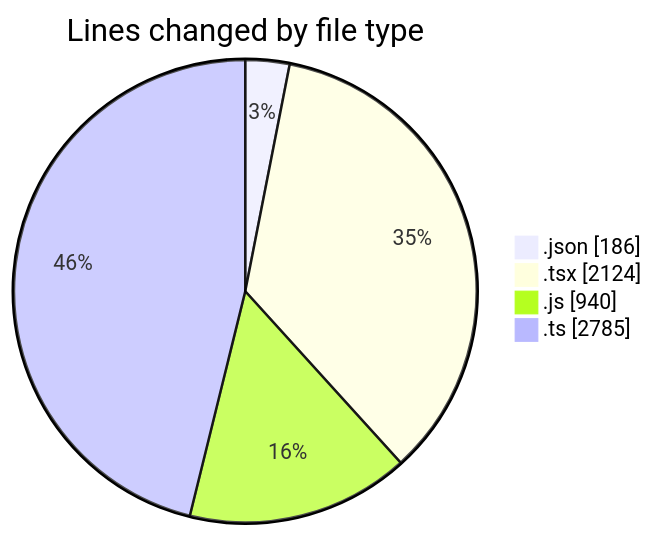
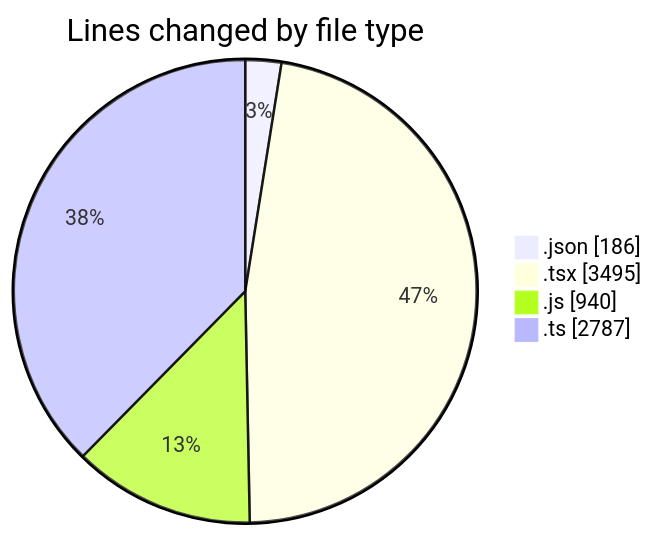
One commit to momahboobian/code-tracking changed the first of 2 diagrams in 2026-07-14/cda/README.md. Above: the diagram before and after it, drawn with Mermaid. The commit also changed other lines of this file and 1 other file, not shown here.

````diff
--- a/2026-07-14/cda/README.md
+++ b/2026-07-14/cda/README.md
@@ -50,8 +52,8 @@
 ```mermaid
 pie showData
 title Lines changed by file type
 ".json" : 186
-".tsx" : 2124
+".tsx" : 3495
 ".js" : 940
-".ts" : 2785
+".ts" : 2787
 ```
````
